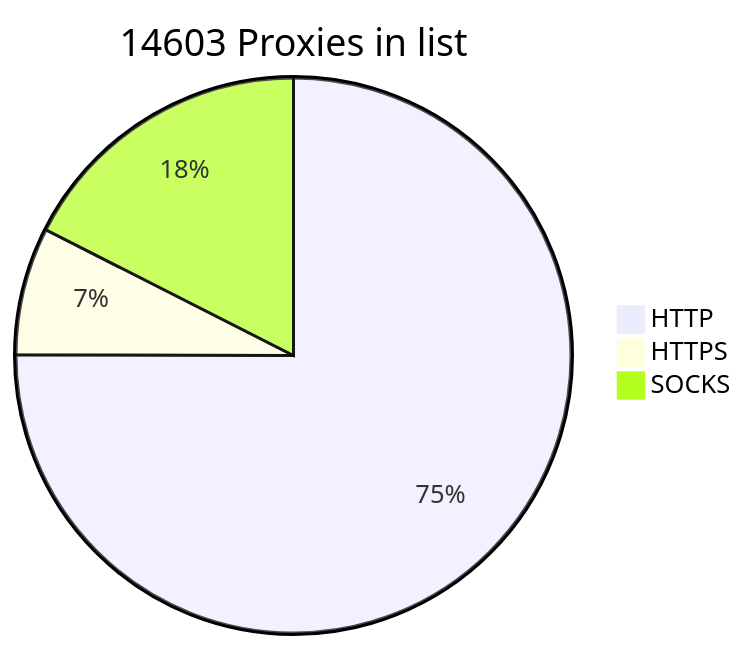
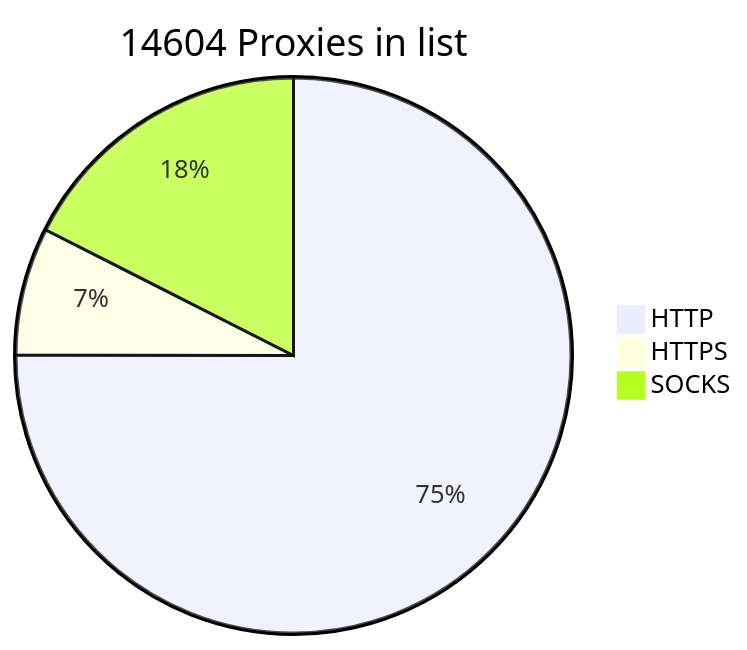
The diagram in README.md (BlackSnowDot/proxylist-update-every-minute), drawn with Mermaid before and after one commit.

````diff
--- a/README.md
+++ b/README.md
@@ -2,6 +2,6 @@
 ```mermaid
-pie title 14603 Proxies in list
+pie title 14604 Proxies in list
     "HTTP" : 11171
     "HTTPS": 1107
-    "SOCKS" : 2609
+    "SOCKS" : 2610
 ```
````
